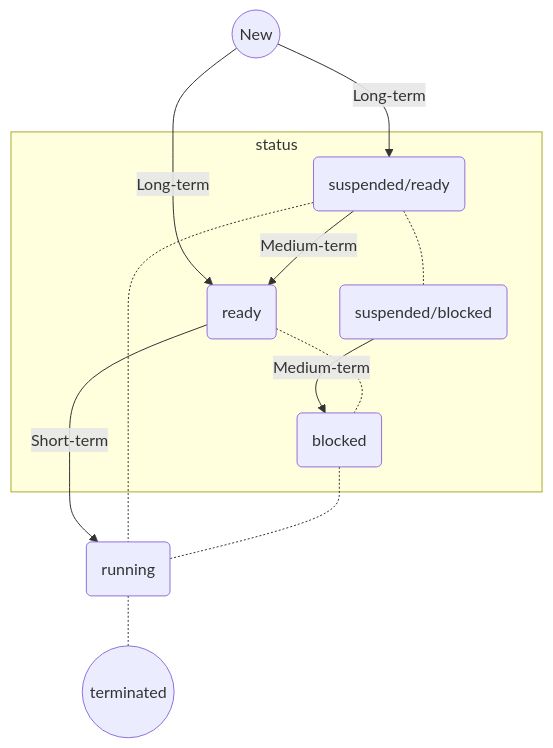
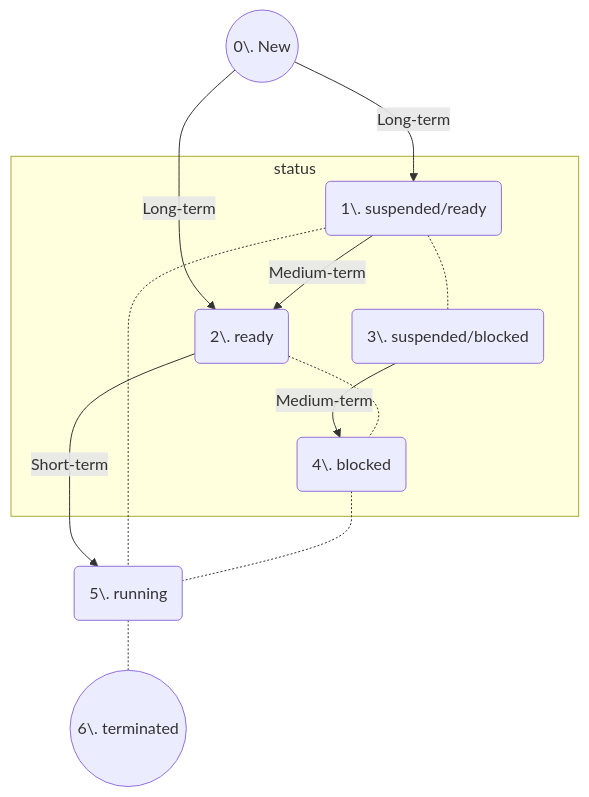
Before and after one commit to leanhvu21042001/LT.K2025.2-CNTT: the diagram in uit/courses/IT007/elearning/IT007-elearning-ch04.md, drawn with Mermaid. The commit also changed other lines of this file, not shown here.

````diff
--- a/uit/courses/IT007/elearning/IT007-elearning-ch04.md
+++ b/uit/courses/IT007/elearning/IT007-elearning-ch04.md
@@ -96,29 +96,29 @@
 ```mermaid
 ---
 config:
   layout: fixed
   look: classic
   theme: default
 ---
 flowchart TB
-    A(("New"))
+    A(("0\. New"))
    subgraph s1["status"]
-       B("suspended/ready")
-    C("ready")
-    D("suspended/blocked")
-    E("blocked")
+       B("1\. suspended/ready")
+    C("2\. ready")
+    D("3\. suspended/blocked")
+    E("4\. blocked")
    end
-    F("running")
-    G(("terminated"))
+    F("5\. running")
+    G(("6\. terminated"))
     
     A -- Long-term --> B
     A -- Long-term --> C
     B -- Medium-term --> C
     C -- Short-term --> F
     B -.- D -- Medium-term --> E
     B -.- F
     C -.- E
     E -.- F
     F -.- G
     
 ```
````
